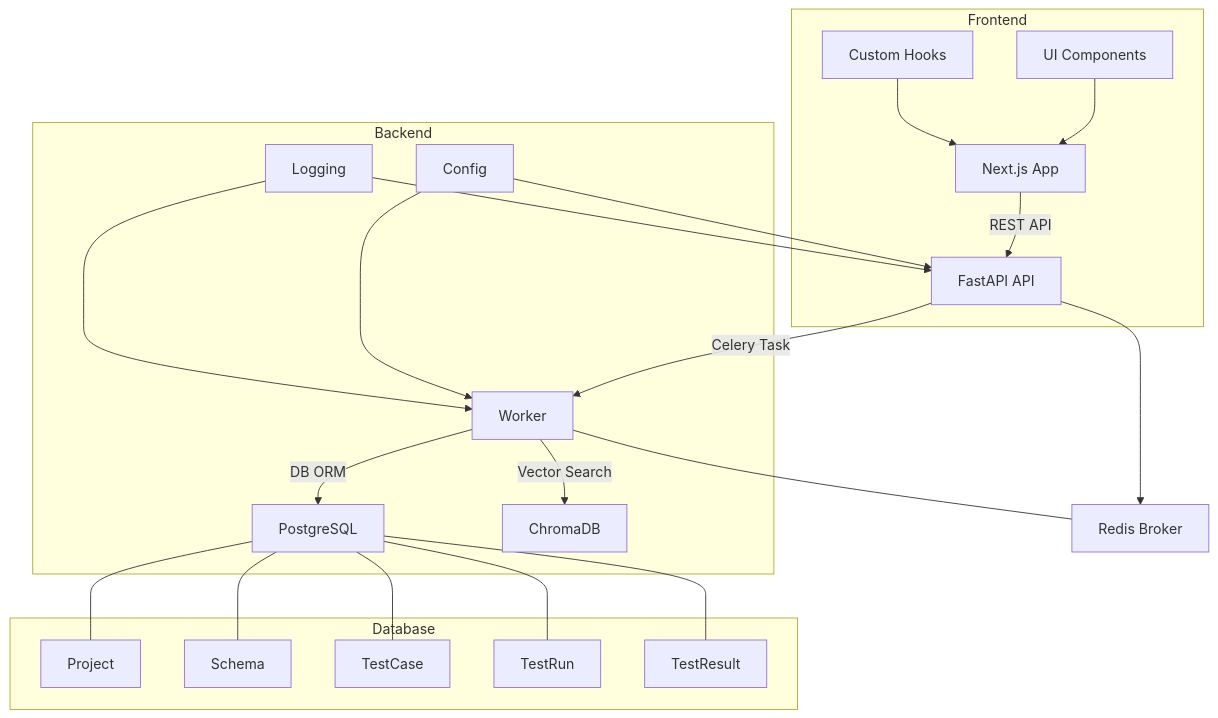
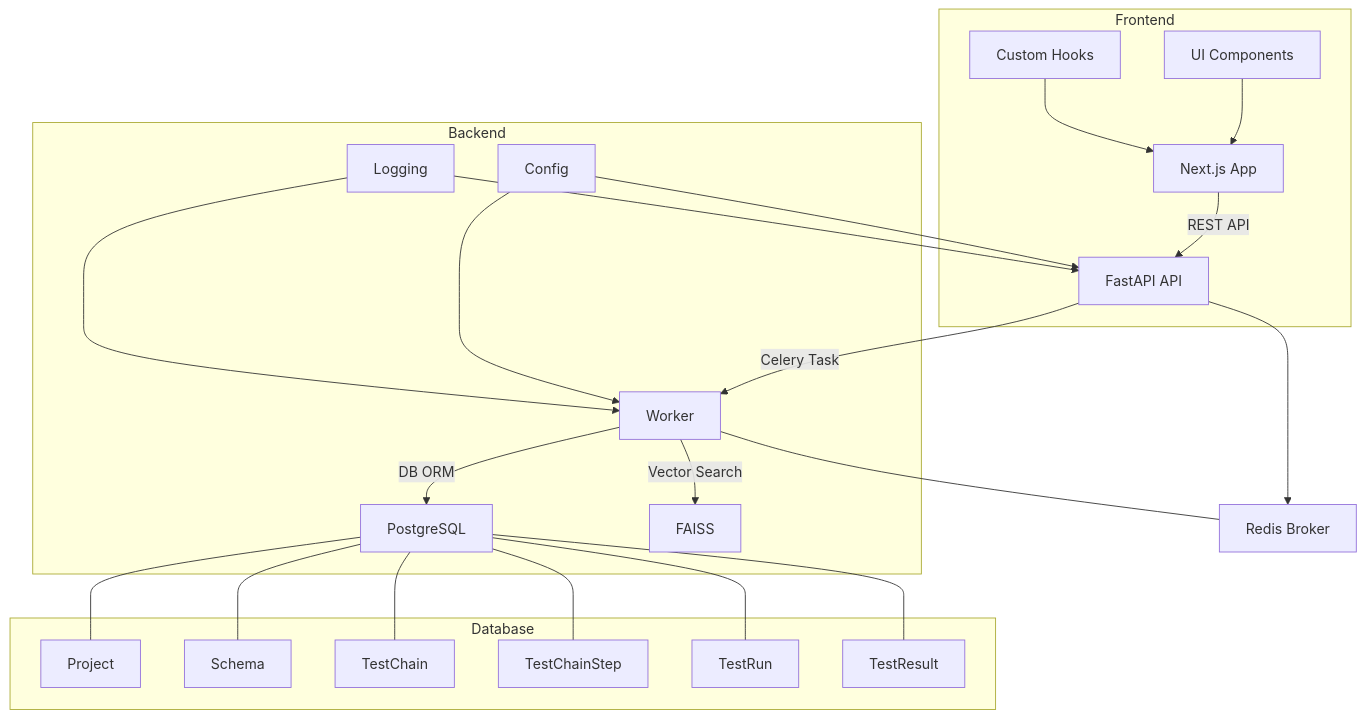
One commit to Pirikara/caseforge changed the first of 4 diagrams in ARCHITECTURE.md. Above: the diagram before and after it, drawn with Mermaid. The commit also changed other lines of this file and 1 other file, not shown here.

````diff
--- a/ARCHITECTURE.md
+++ b/ARCHITECTURE.md
@@ -53,31 +53,32 @@
 ```mermaid
 graph TD;
   subgraph Frontend
     A[Next.js App] -- REST API --> B[FastAPI API]
     A1[UI Components] --> A
     A2[Custom Hooks] --> A
   end
 
   subgraph Backend
     B -- Celery Task --> C[Worker]
     C -- DB ORM --> D[PostgreSQL]
-    C -- Vector Search --> E[ChromaDB]
+    C -- Vector Search --> E[FAISS]
     
     F[Config] --> B
     F --> C
     G[Logging] --> B
     G --> C
   end
 
   subgraph Database
     D --- D1[Project]
     D --- D2[Schema]
-    D --- D3[TestCase]
-    D --- D4[TestRun]
-    D --- D5[TestResult]
+    D --- D3[TestChain]
+    D --- D4[TestChainStep]
+    D --- D5[TestRun]
+    D --- D6[TestResult]
   end
 
   R[Redis Broker]
   C --- R
   B --> R
 ```
````
